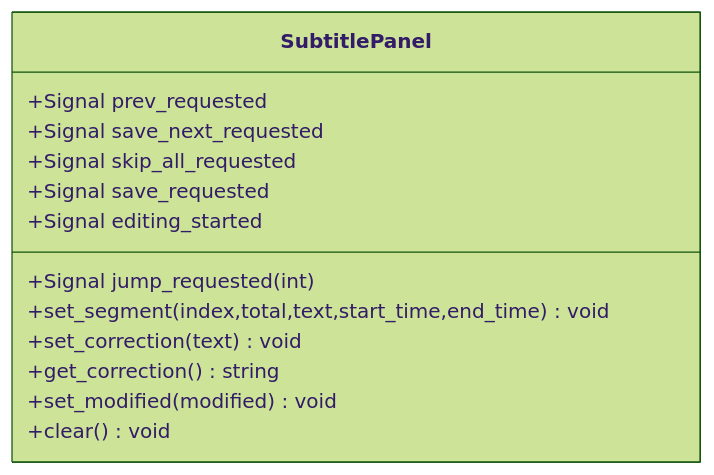
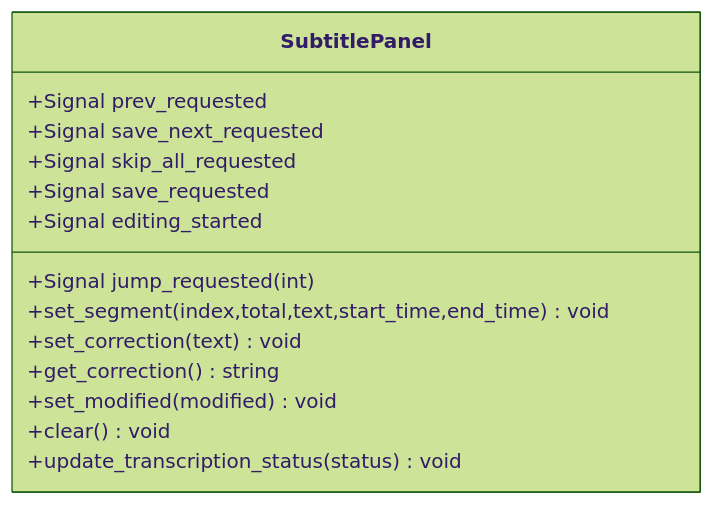
One commit to boyingliu01/VideoSplitter changed the third of 6 diagrams in .qoder/repowiki/zh/content/用户界面/字幕编辑器.md. Above: the diagram before and after it, drawn with Mermaid (forest theme). The commit also changed other lines of this file and 147 other files, not shown here.

````diff
--- a/.qoder/repowiki/zh/content/用户界面/字幕编辑器.md
+++ b/.qoder/repowiki/zh/content/用户界面/字幕编辑器.md
@@ -127,16 +137,17 @@
 ```mermaid
 classDiagram
 class SubtitlePanel {
 +Signal prev_requested
 +Signal save_next_requested
 +Signal skip_all_requested
 +Signal jump_requested(int)
 +Signal save_requested
 +Signal editing_started
 +set_segment(index,total,text,start_time,end_time) void
 +set_correction(text) void
 +get_correction() string
 +set_modified(modified) void
 +clear() void
++update_transcription_status(status) void
 }
 ```
````
